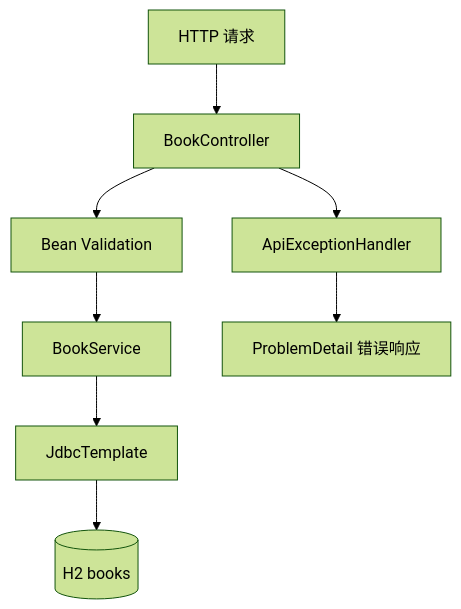
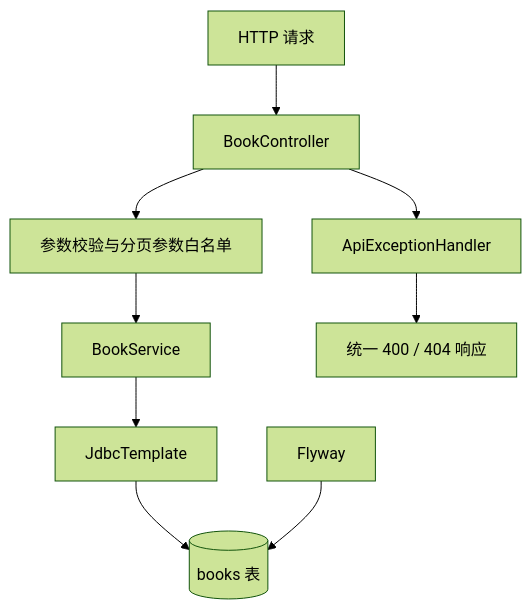
The diagram in Practice/springboot-library-api/README.md (ilikui/Java), drawn with Mermaid (forest theme) before and after one commit. The commit also changed other lines of this file, not shown here.

Commit message:
feat: add pagination search and Flyway migrations

````diff
--- a/Practice/springboot-library-api/README.md
+++ b/Practice/springboot-library-api/README.md
@@ -57,10 +72,11 @@
 ```mermaid
 flowchart TD
     A[HTTP 请求] --> B[BookController]
-    B --> C[Bean Validation]
+    B --> C[参数校验与分页参数白名单]
     C --> D[BookService]
     D --> E[JdbcTemplate]
-    E --> F[(H2 books)]
-    B --> G[ApiExceptionHandler]
-    G --> H[ProblemDetail 错误响应]
+    E --> F[(books 表)]
+    G[Flyway] --> F
+    B --> H[ApiExceptionHandler]
+    H --> I[统一 400 / 404 响应]
 ```
````
